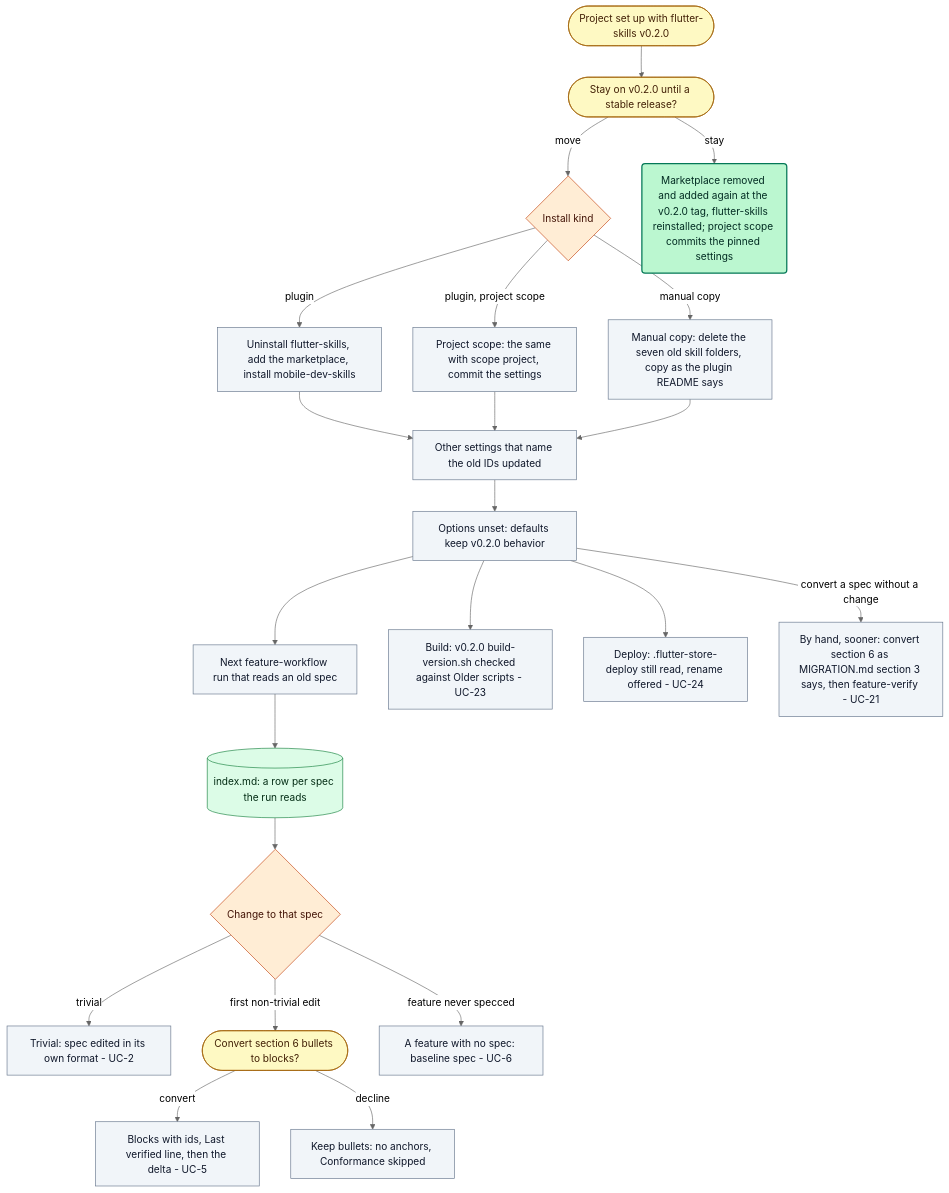
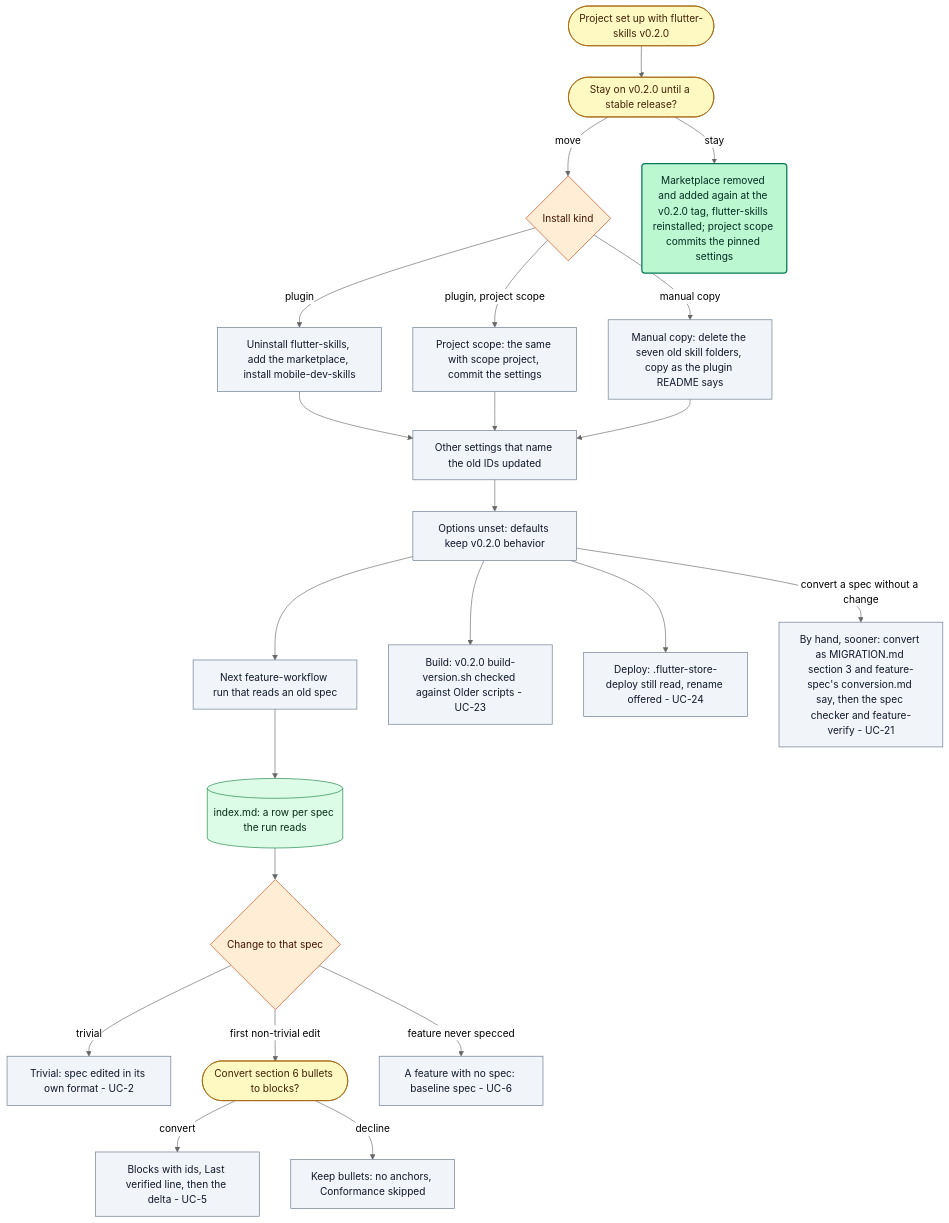
One commit to teaualune/mobile-dev-skills changed diagram 30 of 30 in maintenance/use-case-flows.md. Above: the diagram before and after it, drawn with Mermaid (neutral theme). The commit also changed other lines of this file and 22 other files, not shown here.

````diff
--- a/maintenance/use-case-flows.md
+++ b/maintenance/use-case-flows.md
@@ -2202,53 +2208,53 @@
 ```mermaid
 flowchart TD
   classDef skill fill:#dbeafe,stroke:#1d4ed8,stroke-width:2px,color:#0b1b3f
   classDef agent fill:#ede9fe,stroke:#6d28d9,stroke-width:2px,color:#1e1033
   classDef step fill:#f1f5f9,stroke:#64748b,color:#0f172a
   classDef decision fill:#ffedd5,stroke:#c2410c,color:#431407
   classDef user fill:#fef9c3,stroke:#a16207,color:#422006
   classDef gate fill:#fef9c3,stroke:#dc2626,stroke-width:3px,color:#450a0a
   classDef state fill:#dcfce7,stroke:#15803d,color:#052e16
   classDef done fill:#bbf7d0,stroke:#047857,stroke-width:2px,color:#022c22
   classDef stop fill:#fee2e2,stroke:#b91c1c,stroke-width:2px,color:#450a0a
   MG0(["Project set up with flutter-skills v0.2.0"]):::user
   MG1{"Install kind"}:::decision
   MG2["Uninstall flutter-skills, add the marketplace, install mobile-dev-skills"]:::step
   MG3["Project scope: the same with scope project, commit the settings"]:::step
   MG4["Manual copy: delete the seven old skill folders, copy as the plugin README says"]:::step
   MG5["Other settings that name the old IDs updated"]:::step
   MG6["Options unset: defaults keep v0.2.0 behavior"]:::step
   MG7["Next feature-workflow run that reads an old spec"]:::step
   MG8[("index.md: a row per spec the run reads")]:::state
   MG9{"Change to that spec"}:::decision
   MG10["Trivial: spec edited in its own format - UC-2"]:::step
   MG11(["Convert section 6 bullets to blocks?"]):::user
   MG12["Blocks with ids, Last verified line, then the delta - UC-5"]:::step
   MG13["Keep bullets: no anchors, Conformance skipped"]:::step
   MG14["A feature with no spec: baseline spec - UC-6"]:::step
   MG15["Build: v0.2.0 build-version.sh checked against Older scripts - UC-23"]:::step
   MG16["Deploy: .flutter-store-deploy still read, rename offered - UC-24"]:::step
-  MG17["By hand, sooner: convert section 6 as MIGRATION.md section 3 says, then feature-verify - UC-21"]:::step
+  MG17["By hand, sooner: convert as MIGRATION.md section 3 and feature-spec's conversion.md say, then the spec checker and feature-verify - UC-21"]:::step
   MG18(["Stay on v0.2.0 until a stable release?"]):::user
   MG19("Marketplace removed and added again at the v0.2.0 tag, flutter-skills reinstalled; project scope commits the pinned settings"):::done
   MG0 --> MG18
   MG18 -->|stay| MG19
   MG18 -->|move| MG1
   MG1 -->|plugin| MG2
   MG1 -->|plugin, project scope| MG3
   MG1 -->|manual copy| MG4
   MG2 --> MG5
   MG3 --> MG5
   MG4 --> MG5
   MG5 --> MG6
   MG6 --> MG7
   MG6 --> MG15
   MG6 --> MG16
   MG6 -->|convert a spec without a change| MG17
   MG7 --> MG8
   MG8 --> MG9
   MG9 -->|trivial| MG10
   MG9 -->|first non-trivial edit| MG11
   MG9 -->|feature never specced| MG14
   MG11 -->|convert| MG12
   MG11 -->|decline| MG13
 ```
````
